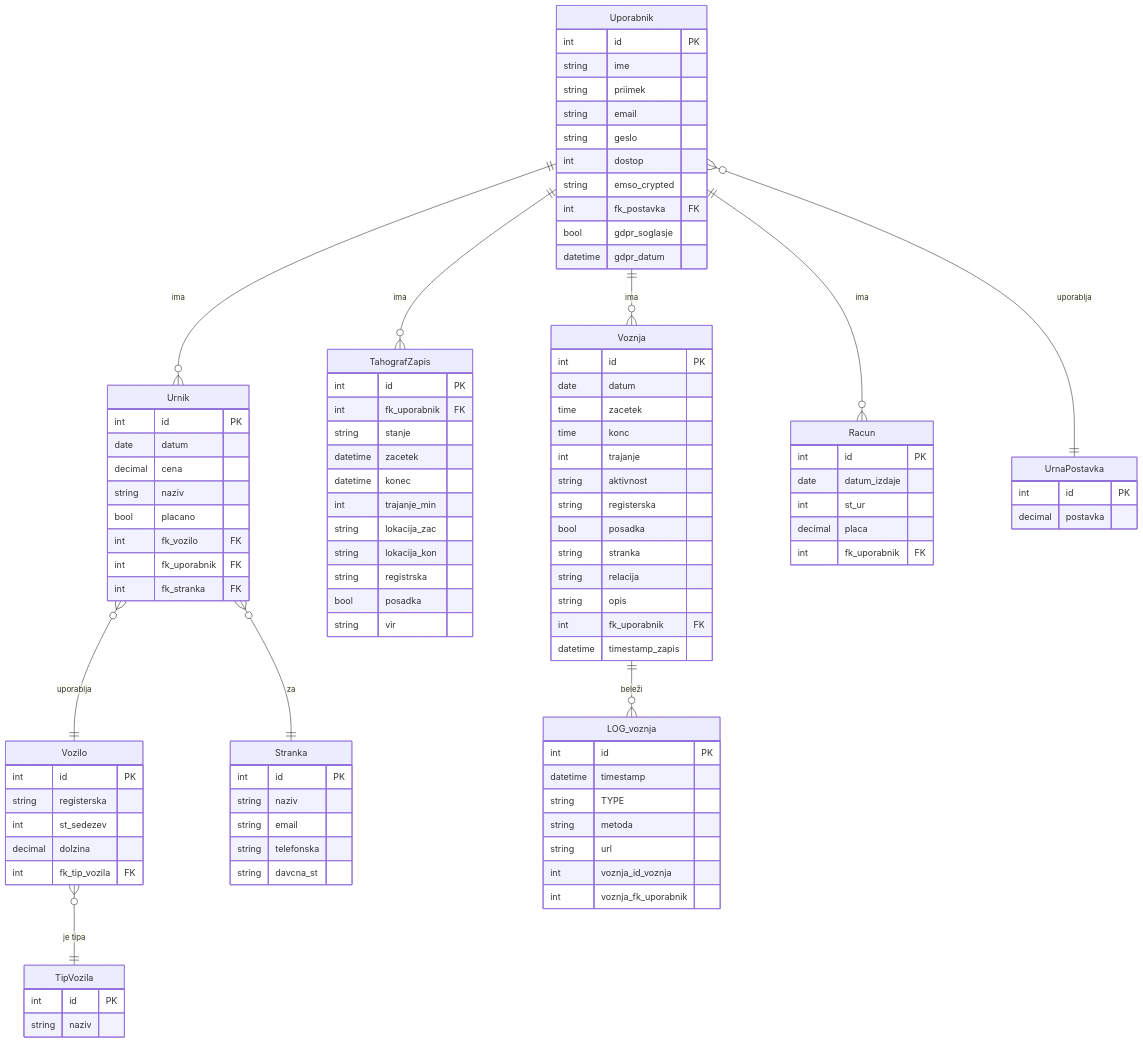
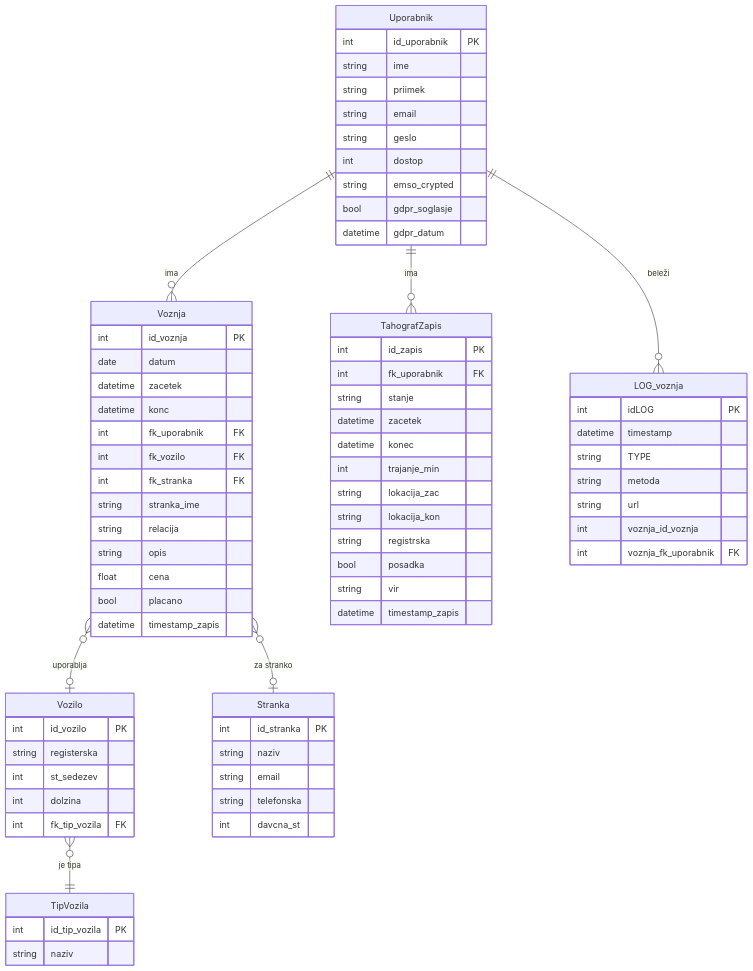
Before and after one commit to Valeri123car/Projekt2026: the second of 18 diagrams in README.md, drawn with Mermaid. The commit also changed other lines of this file, not shown here.

````diff
--- a/README.md
+++ b/README.md
@@ -105,36 +121,35 @@
 ```mermaid
 erDiagram
     Uporabnik {
-        int id PK
+        int id_uporabnik PK
         string ime
         string priimek
         string email
         string geslo
         int dostop
         string emso_crypted
-        int fk_postavka FK
         bool gdpr_soglasje
         datetime gdpr_datum
     }
 
     Voznja {
-        int id PK
+        int id_voznja PK
         date datum
-        time zacetek
-        time konc
-        int trajanje
-        string aktivnost
-        string registerska
-        bool posadka
-        string stranka
+        datetime zacetek
+        datetime konc
+        int fk_uporabnik FK
+        int fk_vozilo FK
+        int fk_stranka FK
+        string stranka_ime
         string relacija
         string opis
-        int fk_uporabnik FK
+        float cena
+        bool placano
         datetime timestamp_zapis
     }
 
     TahografZapis {
-        int id PK
+        int id_zapis PK
         int fk_uporabnik FK
         string stanje
         datetime zacetek
@@ -145,70 +160,44 @@
         string registrska
         bool posadka
         string vir
-    }
-
-    Urnik {
-        int id PK
-        date datum
-        decimal cena
-        string naziv
-        bool placano
-        int fk_vozilo FK
-        int fk_uporabnik FK
-        int fk_stranka FK
+        datetime timestamp_zapis
     }
 
     Vozilo {
-        int id PK
+        int id_vozilo PK
         string registerska
         int st_sedezev
-        decimal dolzina
+        int dolzina
         int fk_tip_vozila FK
     }
 
     TipVozila {
-        int id PK
+        int id_tip_vozila PK
         string naziv
     }
 
     Stranka {
-        int id PK
+        int id_stranka PK
         string naziv
         string email
         string telefonska
-        string davcna_st
-    }
-
-    Racun {
-        int id PK
-        date datum_izdaje
-        int st_ur
-        decimal placa
-        int fk_uporabnik FK
-    }
-
-    UrnaPostavka {
-        int id PK
-        decimal postavka
+        int davcna_st
     }
 
     LOG_voznja {
-        int id PK
+        int idLOG PK
         datetime timestamp
         string TYPE
         string metoda
         string url
         int voznja_id_voznja
-        int voznja_fk_uporabnik
+        int voznja_fk_uporabnik FK
     }
 
     Uporabnik ||--o{ Voznja : "ima"
     Uporabnik ||--o{ TahografZapis : "ima"
-    Uporabnik ||--o{ Urnik : "ima"
-    Uporabnik ||--o{ Racun : "ima"
-    Uporabnik }o--|| UrnaPostavka : "uporablja"
-    Urnik }o--|| Vozilo : "uporablja"
-    Urnik }o--|| Stranka : "za"
+    Uporabnik ||--o{ LOG_voznja : "beleži"
+    Voznja }o--o| Vozilo : "uporablja"
+    Voznja }o--o| Stranka : "za stranko"
     Vozilo }o--|| TipVozila : "je tipa"
-    Voznja ||--o{ LOG_voznja : "beleži"
 ```
````
